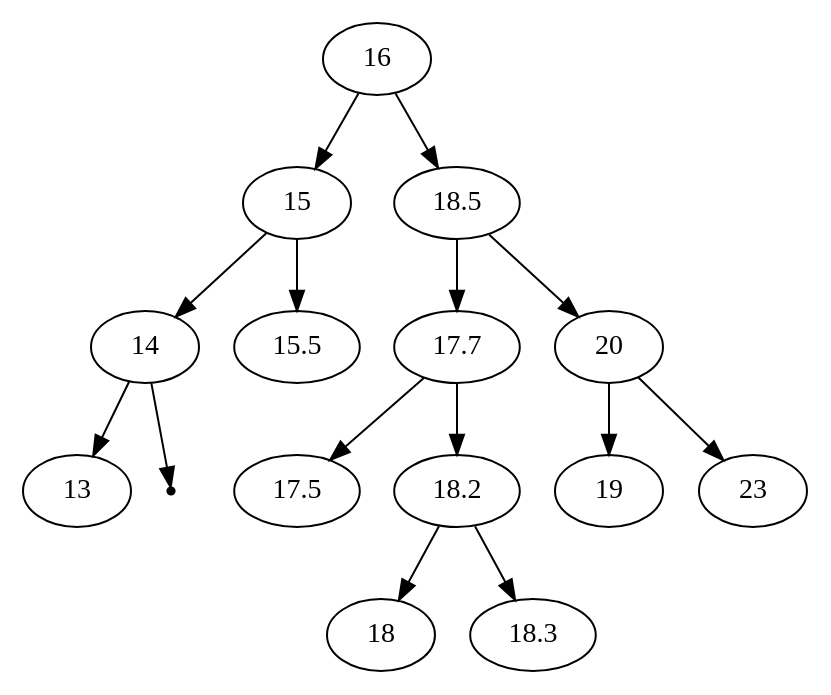
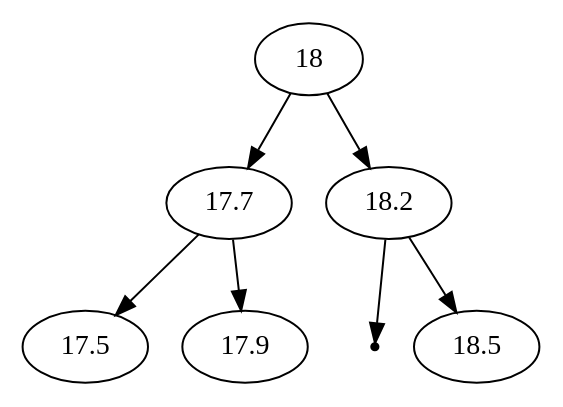
The diagram in graph.gv (muniri92/Data-Structures-2.0), drawn with Graphviz before and after one commit. The commit also changed 2 other files, not shown here.

```diff
--- a/graph.gv
+++ b/graph.gv
@@ -1,18 +1,10 @@
 digraph G{
-	16;
-	16 -> 15;
-	15 -> 14;
-	14 -> 13;
-	null47202716 [shape=point];
-	14 -> null47202716;
-	15 -> 15.5;
-	16 -> 18.5;
-	18.5 -> 17.7;
+	18;
+	18 -> 17.7;
 	17.7 -> 17.5;
-	17.7 -> 18.2;
-	18.2 -> 18;
-	18.2 -> 18.3;
-	18.5 -> 20;
-	20 -> 19;
-	20 -> 23;
+	17.7 -> 17.9;
+	18 -> 18.2;
+	null395834607 [shape=point];
+	18.2 -> null395834607;
+	18.2 -> 18.5;
 }
```
